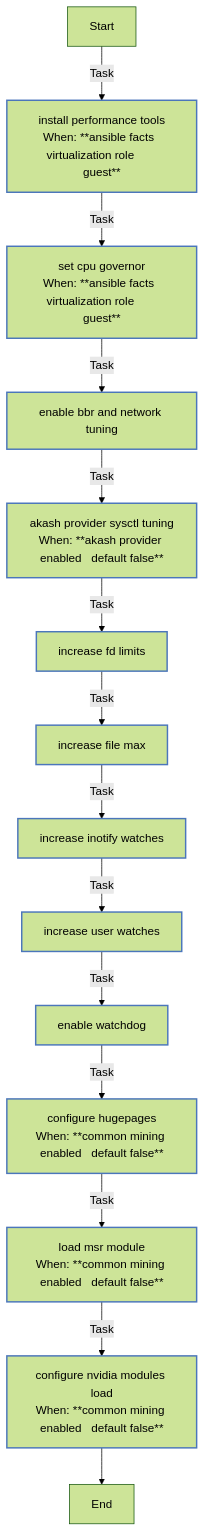
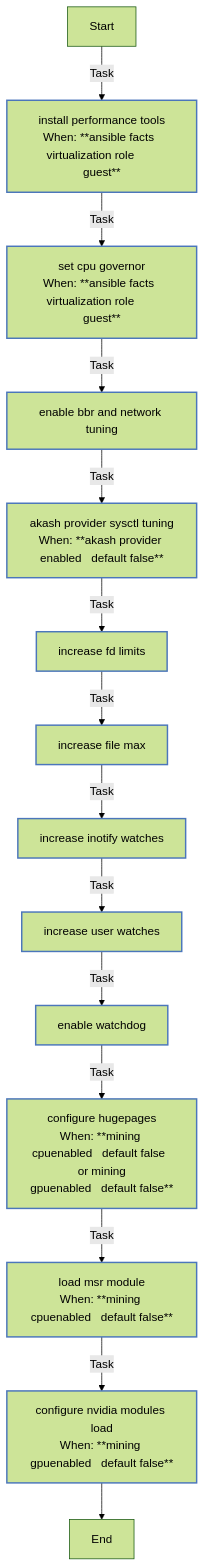
One commit to rou-cru/k3s-homelab changed the eighth of 8 diagrams in roles/common/README.md. Above: the diagram before and after it, drawn with Mermaid (forest theme). The commit also changed other lines of this file and 57 other files, not shown here.

````diff
--- a/roles/common/README.md
+++ b/roles/common/README.md
@@ -573,26 +573,26 @@
 ```mermaid
 flowchart TD
 Start
 classDef block stroke:#3498db,stroke-width:2px;
 classDef task stroke:#4b76bb,stroke-width:2px;
 classDef includeTasks stroke:#16a085,stroke-width:2px;
 classDef importTasks stroke:#34495e,stroke-width:2px;
 classDef includeRole stroke:#2980b9,stroke-width:2px;
 classDef importRole stroke:#699ba7,stroke-width:2px;
 classDef includeVars stroke:#8e44ad,stroke-width:2px;
 classDef rescue stroke:#665352,stroke-width:2px;
 
   Start-->|Task| Install_performance_tools0[install performance tools<br>When: **ansible facts  virtualization role       guest**]:::task
   Install_performance_tools0-->|Task| Set_CPU_governor1[set cpu governor<br>When: **ansible facts  virtualization role       guest**]:::task
   Set_CPU_governor1-->|Task| Enable_BBR_and_Network_Tuning2[enable bbr and network tuning]:::task
   Enable_BBR_and_Network_Tuning2-->|Task| Akash_Provider_sysctl_tuning3[akash provider sysctl tuning<br>When: **akash provider enabled   default false**]:::task
   Akash_Provider_sysctl_tuning3-->|Task| Increase_FD_limits4[increase fd limits]:::task
   Increase_FD_limits4-->|Task| Increase_file_max5[increase file max]:::task
   Increase_file_max5-->|Task| Increase_inotify_watches6[increase inotify watches]:::task
   Increase_inotify_watches6-->|Task| Increase_user_watches7[increase user watches]:::task
   Increase_user_watches7-->|Task| Enable_watchdog8[enable watchdog]:::task
-  Enable_watchdog8-->|Task| Configure_hugepages9[configure hugepages<br>When: **common mining enabled   default false**]:::task
-  Configure_hugepages9-->|Task| Load_MSR_module10[load msr module<br>When: **common mining enabled   default false**]:::task
-  Load_MSR_module10-->|Task| Configure_Nvidia_modules_load11[configure nvidia modules load<br>When: **common mining enabled   default false**]:::task
+  Enable_watchdog8-->|Task| Configure_hugepages9[configure hugepages<br>When: **mining cpuenabled   default false  or mining<br>gpuenabled   default false**]:::task
+  Configure_hugepages9-->|Task| Load_MSR_module10[load msr module<br>When: **mining cpuenabled   default false**]:::task
+  Load_MSR_module10-->|Task| Configure_Nvidia_modules_load11[configure nvidia modules load<br>When: **mining gpuenabled   default false**]:::task
   Configure_Nvidia_modules_load11-->End
 ```
````
